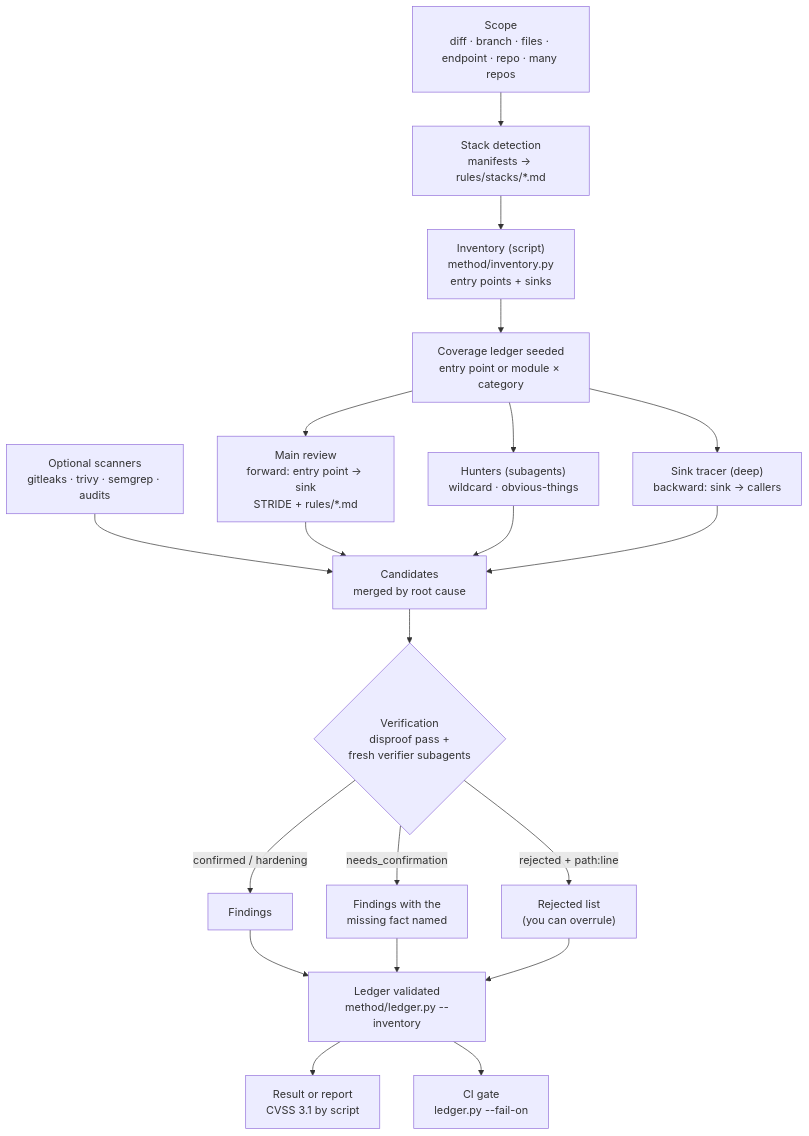
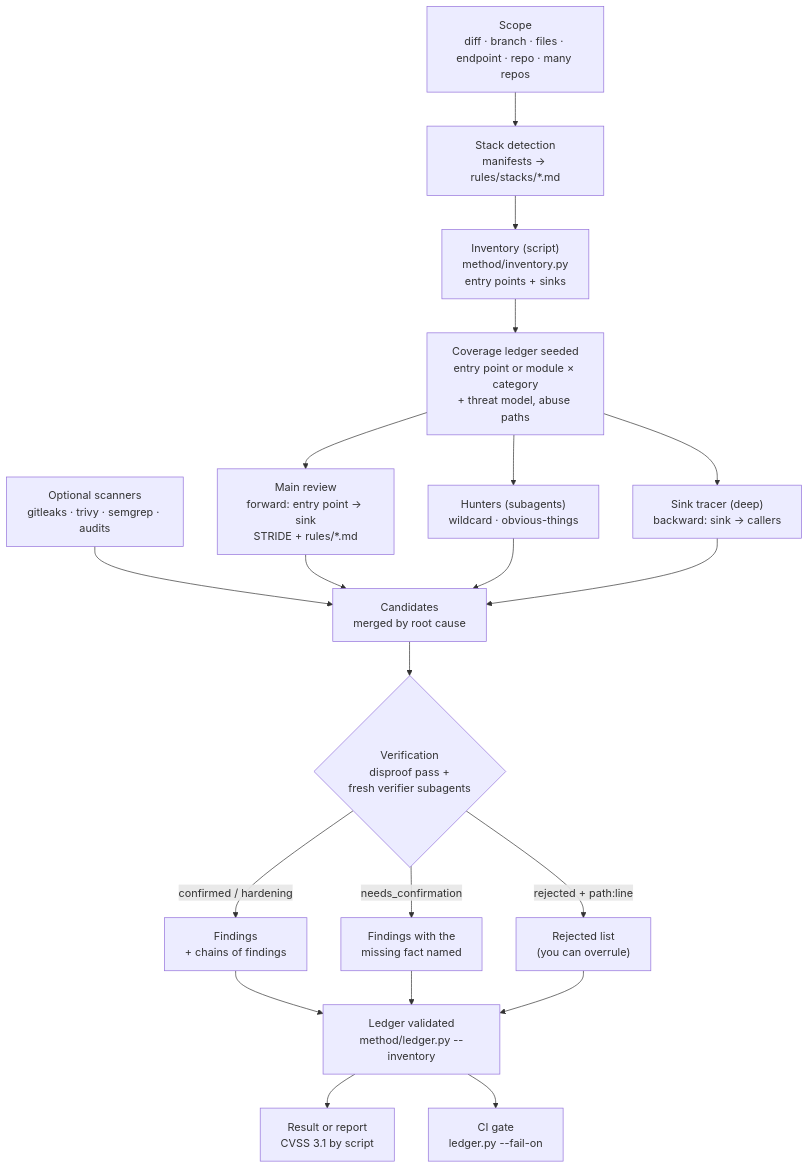
Before and after one commit to ibrahimabdallatif/appsec-review: the diagram in docs/how-it-works.md, drawn with Mermaid. The commit also changed other lines of this file and 13 other files, not shown here.

Commit message:
Add threat model, abuse paths and finding chains

````diff
--- a/docs/how-it-works.md
+++ b/docs/how-it-works.md
@@ -6,22 +6,22 @@
 ```mermaid
 flowchart TD
     A["Scope<br/>diff · branch · files · endpoint · repo · many repos"] --> B["Stack detection<br/>manifests → rules/stacks/*.md"]
     B --> C["Inventory (script)<br/>method/inventory.py<br/>entry points + sinks"]
-    C --> D["Coverage ledger seeded<br/>entry point or module × category"]
+    C --> D["Coverage ledger seeded<br/>entry point or module × category<br/>+ threat model, abuse paths"]
     D --> E["Main review<br/>forward: entry point → sink<br/>STRIDE + rules/*.md"]
     D --> F["Hunters (subagents)<br/>wildcard · obvious-things"]
     D --> G["Sink tracer (deep)<br/>backward: sink → callers"]
     H["Optional scanners<br/>gitleaks · trivy · semgrep · audits"] --> I
     E --> I["Candidates<br/>merged by root cause"]
     F --> I
     G --> I
     I --> J{"Verification<br/>disproof pass +<br/>fresh verifier subagents"}
-    J -->|confirmed / hardening| K["Findings"]
+    J -->|confirmed / hardening| K["Findings<br/>+ chains of findings"]
     J -->|needs_confirmation| L["Findings with the<br/>missing fact named"]
     J -->|rejected + path:line| M["Rejected list<br/>(you can overrule)"]
     K --> N["Ledger validated<br/>method/ledger.py --inventory"]
     L --> N
     M --> N
     N --> O["Result or report<br/>CVSS 3.1 by script"]
     N --> P["CI gate<br/>ledger.py --fail-on"]
 ```
````
